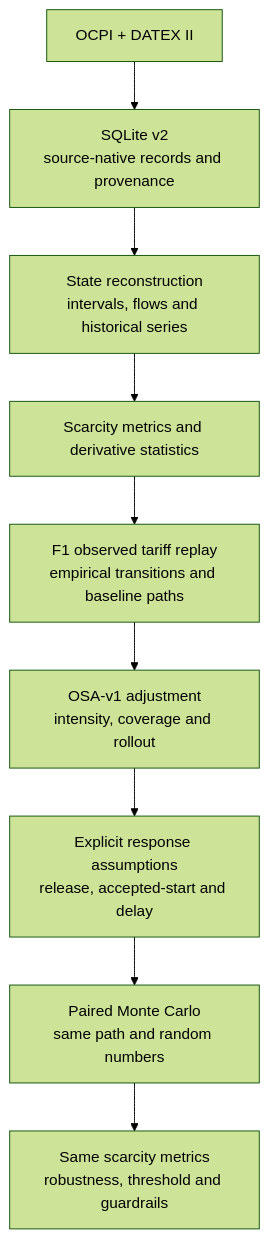
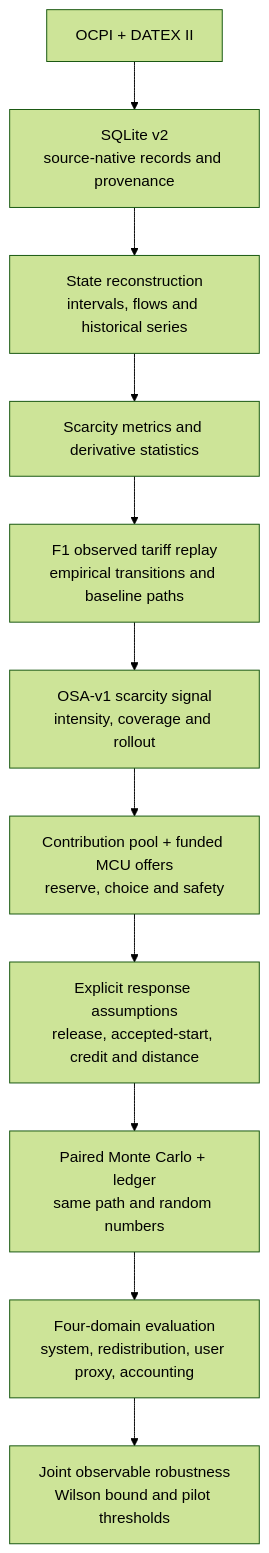
The diagram in README.md (glebmkhv/matemafija-ev-charging), drawn with Mermaid (forest theme) before and after one commit. The commit also changed other lines of this file and 10 other files, not shown here.

````diff
--- a/README.md
+++ b/README.md
@@ -35,11 +37,13 @@
 ```mermaid
 flowchart TD
     A[OCPI + DATEX II] --> B[SQLite v2<br/>source-native records and provenance]
     B --> C[State reconstruction<br/>intervals, flows and historical series]
     C --> D[Scarcity metrics and derivative statistics]
     D --> E[F1 observed tariff replay<br/>empirical transitions and baseline paths]
-    E --> F[OSA-v1 adjustment<br/>intensity, coverage and rollout]
-    F --> G[Explicit response assumptions<br/>release, accepted-start and delay]
-    G --> H[Paired Monte Carlo<br/>same path and random numbers]
-    H --> I[Same scarcity metrics<br/>robustness, threshold and guardrails]
+    E --> F[OSA-v1 scarcity signal<br/>intensity, coverage and rollout]
+    F --> G[Contribution pool + funded MCU offers<br/>reserve, choice and safety]
+    G --> H[Explicit response assumptions<br/>release, accepted-start, credit and distance]
+    H --> I[Paired Monte Carlo + ledger<br/>same path and random numbers]
+    I --> J[Four-domain evaluation<br/>system, redistribution, user proxy, accounting]
+    J --> K[Joint observable robustness<br/>Wilson bound and pilot thresholds]
 ```
````
